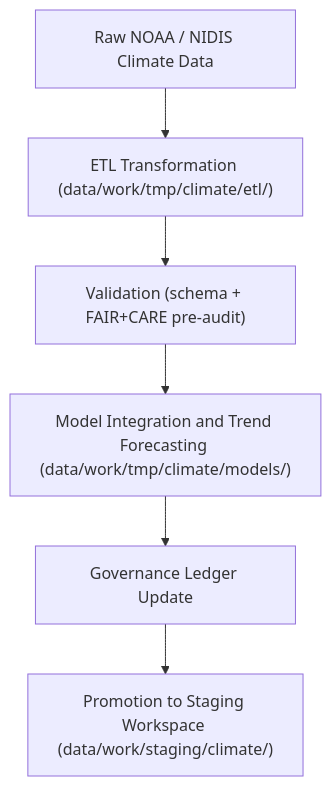
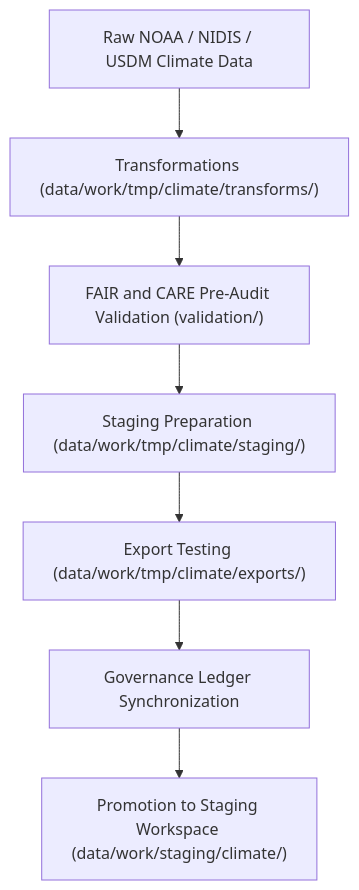
Before and after one commit to bartytime4life/Kansas-Frontier-Matrix: the diagram in data/work/tmp/climate/README.md, drawn with Mermaid. The commit also changed other lines of this file, not shown here.

First line of the commit message:
Revise README for Climate TMP Workspace

````diff
--- a/data/work/tmp/climate/README.md
+++ b/data/work/tmp/climate/README.md
@@ -78,8 +83,9 @@
 ```mermaid
 flowchart TD
-    A["Raw NOAA / NIDIS Climate Data"] --> B["ETL Transformation (data/work/tmp/climate/etl/)"]
-    B --> C["Validation (schema + FAIR+CARE pre-audit)"]
-    C --> D["Model Integration and Trend Forecasting (data/work/tmp/climate/models/)"]
-    D --> E["Governance Ledger Update"]
-    E --> F["Promotion to Staging Workspace (data/work/staging/climate/)"]
+    A["Raw NOAA / NIDIS / USDM Climate Data"] --> B["Transformations (data/work/tmp/climate/transforms/)"]
+    B --> C["FAIR and CARE Pre-Audit Validation (validation/)"]
+    C --> D["Staging Preparation (data/work/tmp/climate/staging/)"]
+    D --> E["Export Testing (data/work/tmp/climate/exports/)"]
+    E --> F["Governance Ledger Synchronization"]
+    F --> G["Promotion to Staging Workspace (data/work/staging/climate/)"]
 ```
````
